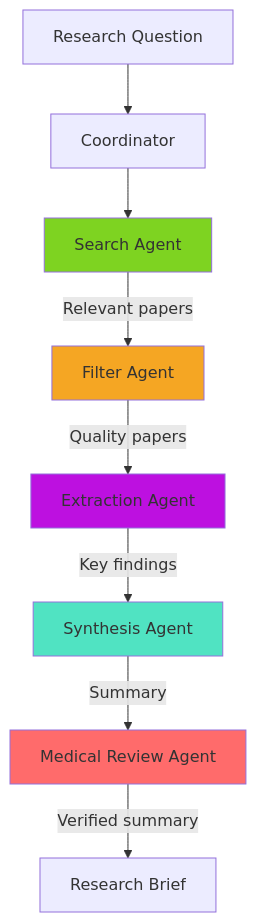
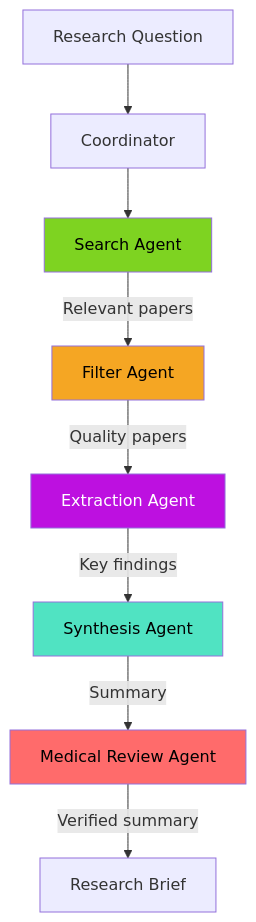
Before and after one commit to EideticPleroma/tutorials: the fifth of 5 diagrams in lesson-2-multi-agent/tutorial-2/case-studies.md, drawn with Mermaid. The commit also changed other lines of this file and 7 other files, not shown here.

First line of the commit message:
docs: implement color contrast standards across all diagrams

````diff
--- a/lesson-2-multi-agent/tutorial-2/case-studies.md
+++ b/lesson-2-multi-agent/tutorial-2/case-studies.md
@@ -472,17 +472,17 @@
 ```mermaid
 flowchart TD
     Query[Research Question] --> Coordinator
     
     Coordinator --> Search[Search Agent]
     Search -->|Relevant papers| Filter[Filter Agent]
     Filter -->|Quality papers| Extract[Extraction Agent]
     Extract -->|Key findings| Synthesis[Synthesis Agent]
     Synthesis -->|Summary| Review[Medical Review Agent]
     Review -->|Verified summary| Output[Research Brief]
     
-    style Search fill:#7ED321
-    style Filter fill:#F5A623
-    style Extract fill:#BD10E0
-    style Synthesis fill:#50E3C2
-    style Review fill:#FF6B6B
+    style Search fill:#7ED321,color:#000000
+    style Filter fill:#F5A623,color:#000000
+    style Extract fill:#BD10E0,color:#FFFFFF
+    style Synthesis fill:#50E3C2,color:#000000
+    style Review fill:#FF6B6B,color:#000000
 ```
````
